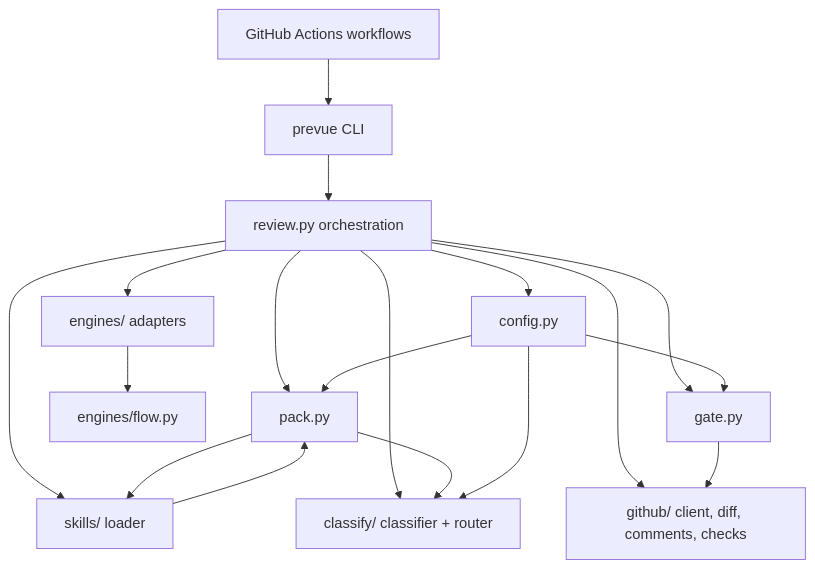
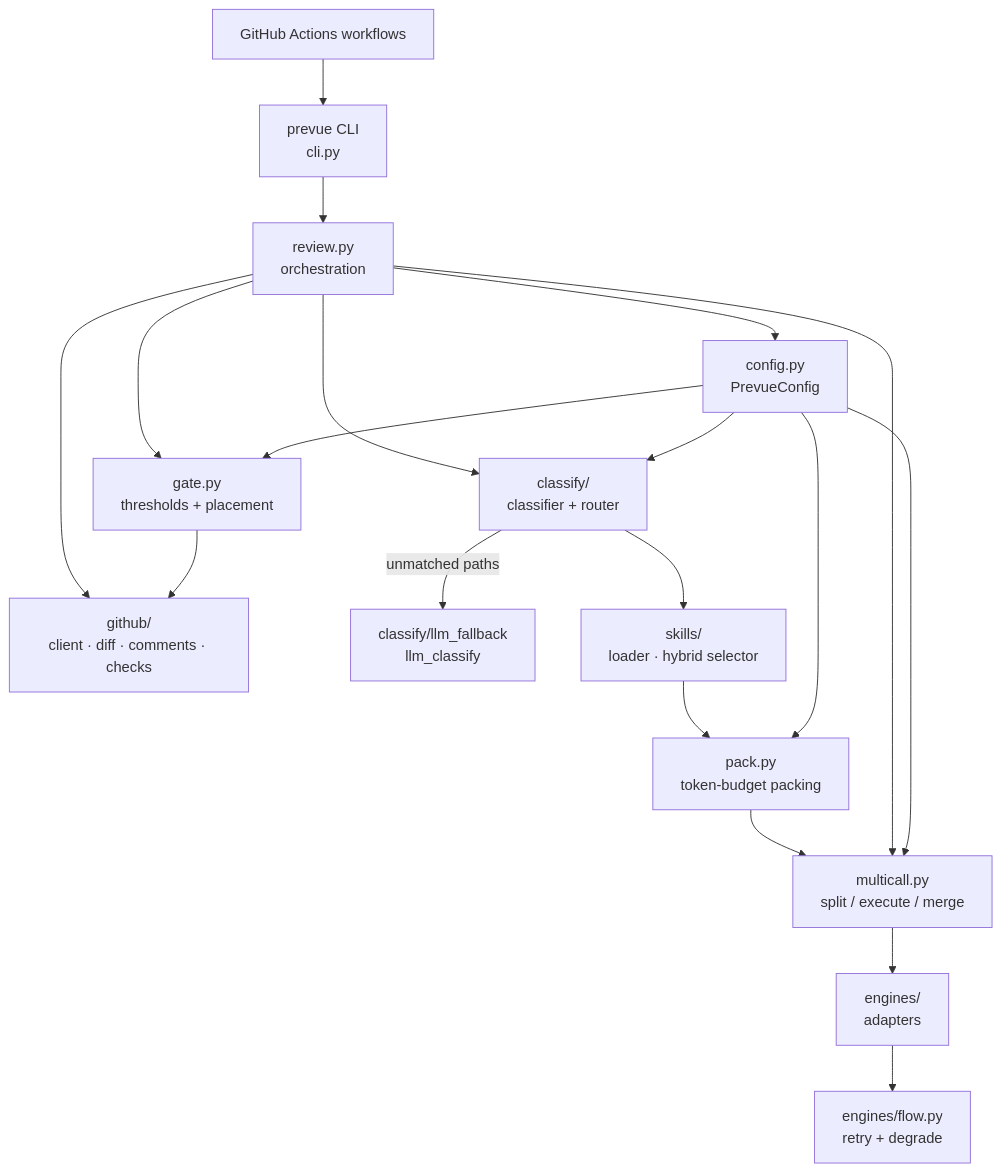
The diagram in docs/ARCHITECTURE.md (Doki064/prevue), drawn with Mermaid before and after one commit. The commit also changed other lines of this file and 33 other files, not shown here.

Commit message:
docs(09): add phase docs, architecture guides, planning artifacts, and update README

````diff
--- a/docs/ARCHITECTURE.md
+++ b/docs/ARCHITECTURE.md
@@ -13,20 +13,21 @@
 ```mermaid
 graph TD
-    WF[GitHub Actions workflows] --> CLI[prevue CLI]
-    CLI --> REV[review.py orchestration]
-    REV --> CFG[config.py]
-    REV --> GH[github/ client, diff, comments, checks]
-    REV --> SKL[skills/ loader]
-    REV --> PKG[pack.py]
-    REV --> CLS[classify/ classifier + router]
-    REV --> ENG[engines/ adapters]
-    ENG --> FLOW[engines/flow.py]
-    REV --> GATE[gate.py]
+    WF[GitHub Actions workflows] --> CLI[prevue CLI<br/>cli.py]
+    CLI --> REV[review.py<br/>orchestration]
+    REV --> CFG[config.py<br/>PrevueConfig]
+    REV --> GH[github/<br/>client · diff · comments · checks]
+    REV --> CLS[classify/<br/>classifier + router]
+    CLS -->|unmatched paths| LLM_FB[classify/llm_fallback<br/>llm_classify]
+    CLS --> SKL[skills/<br/>loader · hybrid selector]
+    SKL --> PKG[pack.py<br/>token-budget packing]
+    PKG --> MC[multicall.py<br/>split / execute / merge]
+    REV --> MC
+    MC --> ENG[engines/<br/>adapters]
+    ENG --> FLOW[engines/flow.py<br/>retry + degrade]
+    REV --> GATE[gate.py<br/>thresholds + placement]
     GATE --> GH
-    SKL --> PKG
-    PKG --> SKL
-    PKG --> CLS
     CFG --> PKG
     CFG --> CLS
     CFG --> GATE
+    CFG --> MC
 ```
````
